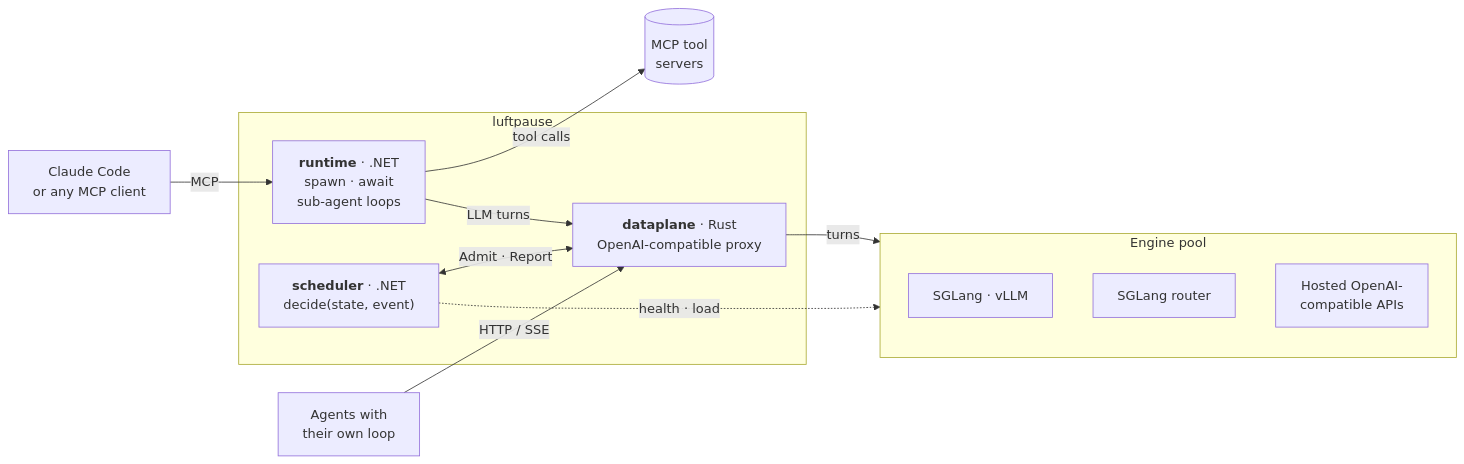
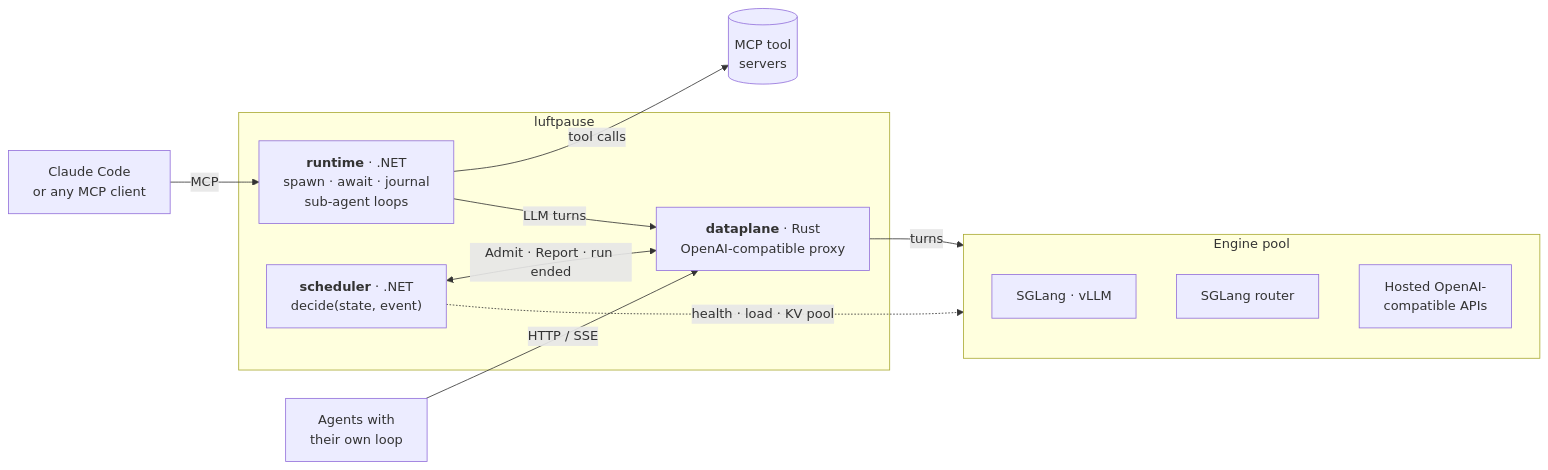
The diagram in README.md (luftpause/luftpause), drawn with Mermaid before and after one commit. The commit also changed other lines of this file, not shown here.

Commit message:
README: both doors, journal and caller in the architecture

````diff
--- a/README.md
+++ b/README.md
@@ -64,29 +67,29 @@
 ```mermaid
 %%{init: {"themeVariables": {"fontFamily": "-apple-system, Segoe UI, Helvetica, Arial, sans-serif"}, "flowchart": {"wrappingWidth": 260}}}%%
 flowchart LR
     mcp["Claude Code<br/>or any MCP client"]
     own["Agents with<br/>their own loop"]
 
     subgraph lp["luftpause"]
-        runtime["<b>runtime</b> · .NET<br/>spawn · await<br/>sub-agent loops"]
+        runtime["<b>runtime</b> · .NET<br/>spawn · await · journal<br/>sub-agent loops"]
         dp["<b>dataplane</b> · Rust<br/>OpenAI-compatible proxy"]
         sched["<b>scheduler</b> · .NET<br/>decide(state, event)"]
     end
 
     tools[("MCP tool<br/>servers")]
 
     subgraph pool["Engine pool"]
         direction TB
         engines["SGLang · vLLM"]
         router["SGLang router"]
         hosted["Hosted OpenAI-<br/>compatible APIs"]
     end
 
     mcp -- MCP --> runtime
     own -- "HTTP / SSE" --> dp
     runtime -- "tool calls" --> tools
     runtime -- "LLM turns" --> dp
     dp -- "turns" --> pool
-    sched <-- "Admit · Report" --> dp
-    sched -. "health · load" .-> pool
+    sched <-- "Admit · Report · run ended" --> dp
+    sched -. "health · load · KV pool" .-> pool
 ```
````
